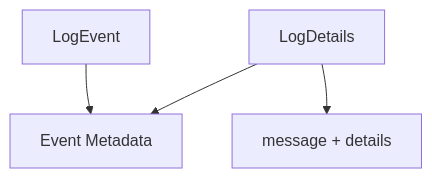
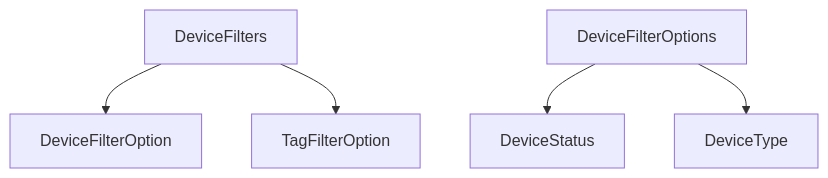
Before and after one commit to flamingo-stack/openframe-oss-lib: the fourth of 10 diagrams in docs/reference/architecture/api-lib-contracts/api-lib-contracts.md, drawn with Mermaid. The commit also changed other lines of this file and 172 other files, not shown here.

````diff
--- a/docs/reference/architecture/api-lib-contracts/api-lib-contracts.md
+++ b/docs/reference/architecture/api-lib-contracts/api-lib-contracts.md
@@ -105,6 +167,7 @@
 ```mermaid
 flowchart TD
-    LogEvent["LogEvent"] --> CommonFields["Event Metadata"]
-    LogDetails["LogDetails"] --> CommonFields
-    LogDetails --> ExtraFields["message + details"]
+    DeviceFiltersModel["DeviceFilters"] --> DeviceOption["DeviceFilterOption"]
+    DeviceFiltersModel --> TagOption["TagFilterOption"]
+    DeviceFilterOptionsModel["DeviceFilterOptions"] --> DeviceStatus
+    DeviceFilterOptionsModel --> DeviceType
 ```
````
